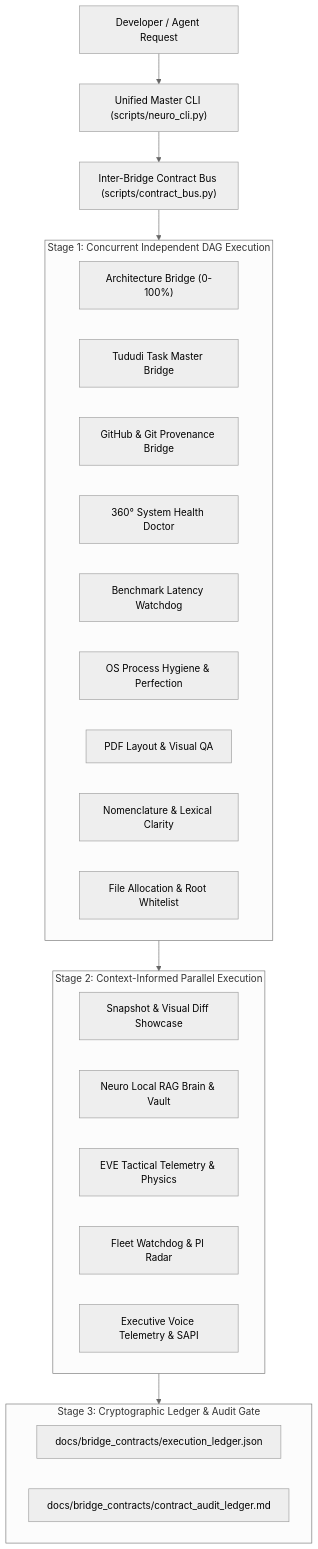
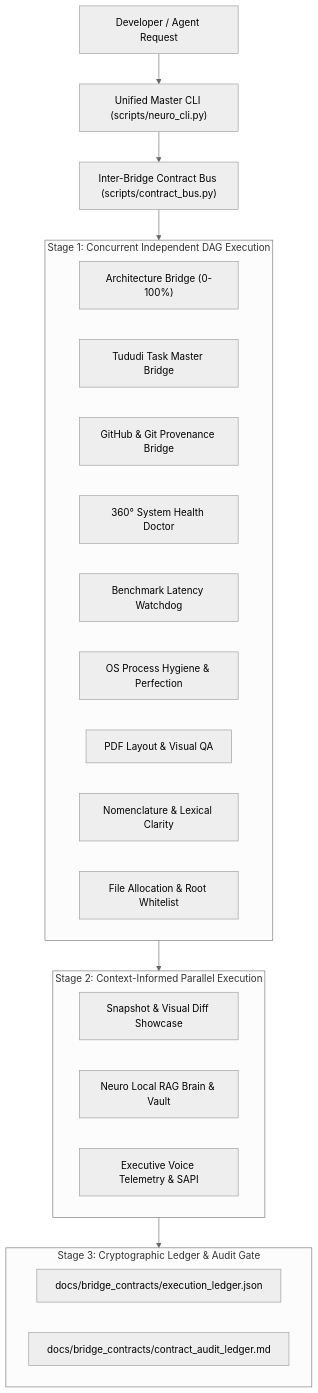
The diagram in .agents/skills/neuro-copilot/SKILL.md (SavianAlexander/uroboros-knowledge-engine), drawn with Mermaid (neutral theme) before and after one commit. The commit also changed other lines of this file and 136 other files, not shown here.

````diff
--- a/.agents/skills/neuro-copilot/SKILL.md
+++ b/.agents/skills/neuro-copilot/SKILL.md
@@ -10,34 +10,32 @@
 ```mermaid
 graph TD
     User["Developer / Agent Request"] --> MasterCLI["Unified Master CLI (scripts/neuro_cli.py)"]
     MasterCLI --> ContractBus["Inter-Bridge Contract Bus (scripts/contract_bus.py)"]
     
     subgraph Stage1 ["Stage 1: Concurrent Independent DAG Execution"]
         Arch["Architecture Bridge (0-100%)"]
         Tududi["Tududi Task Master Bridge"]
         Git["GitHub & Git Provenance Bridge"]
         Doctor["360° System Health Doctor"]
         Bench["Benchmark Latency Watchdog"]
         Hygiene["OS Process Hygiene & Perfection"]
         VisualQA["PDF Layout & Visual QA"]
         Nomen["Nomenclature & Lexical Clarity"]
         Alloc["File Allocation & Root Whitelist"]
     end
 
     subgraph Stage2 ["Stage 2: Context-Informed Parallel Execution"]
         Snapshot["Snapshot & Visual Diff Showcase"]
         NeuroVault["Neuro Local RAG Brain & Vault"]
-        EVE["EVE Tactical Telemetry & Physics"]
-        Fleet["Fleet Watchdog & PI Radar"]
         Voice["Executive Voice Telemetry & SAPI"]
     end
 
     subgraph Stage3 ["Stage 3: Cryptographic Ledger & Audit Gate"]
         Ledger["docs/bridge_contracts/execution_ledger.json"]
         MDReport["docs/bridge_contracts/contract_audit_ledger.md"]
     end
 
     ContractBus --> Stage1
     Stage1 --> Stage2
     Stage2 --> Stage3
 ```
````
